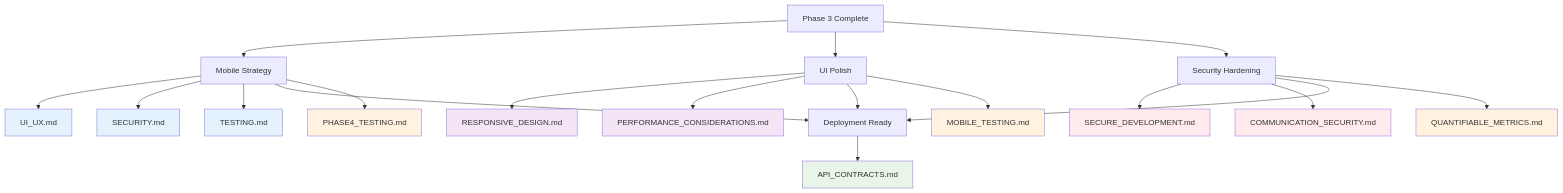
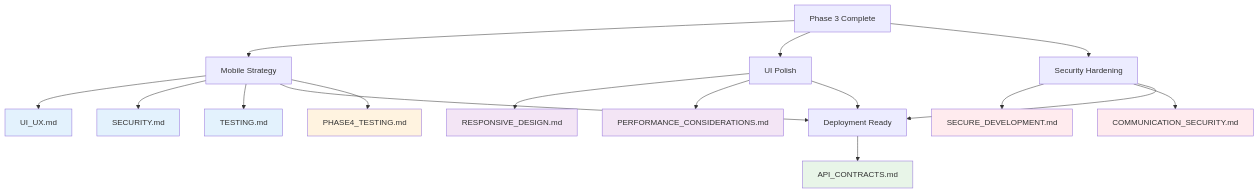
The diagram in src/docs/implementation/phase4/DOCUMENT_MAP.md (tesfayekb/core-base), drawn with Mermaid before and after one commit. The commit also changed other lines of this file, not shown here.

First line of the commit message:
Fix: Complete Phase 4 DOCUMENT_MAP.md

````diff
--- a/src/docs/implementation/phase4/DOCUMENT_MAP.md
+++ b/src/docs/implementation/phase4/DOCUMENT_MAP.md
@@ -42,38 +41,36 @@
 ```mermaid
 graph TD
     P3[Phase 3 Complete] --> MOBILE[Mobile Strategy]
     P3 --> UI_POLISH[UI Polish]
     P3 --> SEC_HARD[Security Hardening]
     
     MOBILE --> UI_UX[UI_UX.md]
     MOBILE --> MOB_SEC[SECURITY.md]
     MOBILE --> MOB_TEST[TESTING.md]
     
     UI_POLISH --> RESPONSIVE[RESPONSIVE_DESIGN.md]
     UI_POLISH --> PERF_CONS[PERFORMANCE_CONSIDERATIONS.md]
     
     SEC_HARD --> SEC_DEV[SECURE_DEVELOPMENT.md]
     SEC_HARD --> COMM_SEC[COMMUNICATION_SECURITY.md]
     
     MOBILE --> DEPLOY[Deployment Ready]
     UI_POLISH --> DEPLOY
     SEC_HARD --> DEPLOY
     DEPLOY --> API_DOC[API_CONTRACTS.md]
     
     %% Testing Integration
     MOBILE --> PHASE4_TEST[PHASE4_TESTING.md]
-    UI_POLISH --> MOBILE_TEST[MOBILE_TESTING.md]
-    SEC_HARD --> QUANT_MET[QUANTIFIABLE_METRICS.md]
     
     classDef mobile fill:#e3f2fd
     classDef ui fill:#f3e5f5
     classDef security fill:#ffebee
     classDef deploy fill:#e8f5e8
     classDef testing fill:#fff3e0
     
     class UI_UX,MOB_SEC,MOB_TEST mobile
     class RESPONSIVE,PERF_CONS ui
     class SEC_DEV,COMM_SEC security
     class API_DOC deploy
-    class PHASE4_TEST,MOBILE_TEST,QUANT_MET testing
+    class PHASE4_TEST testing
 ```
````
